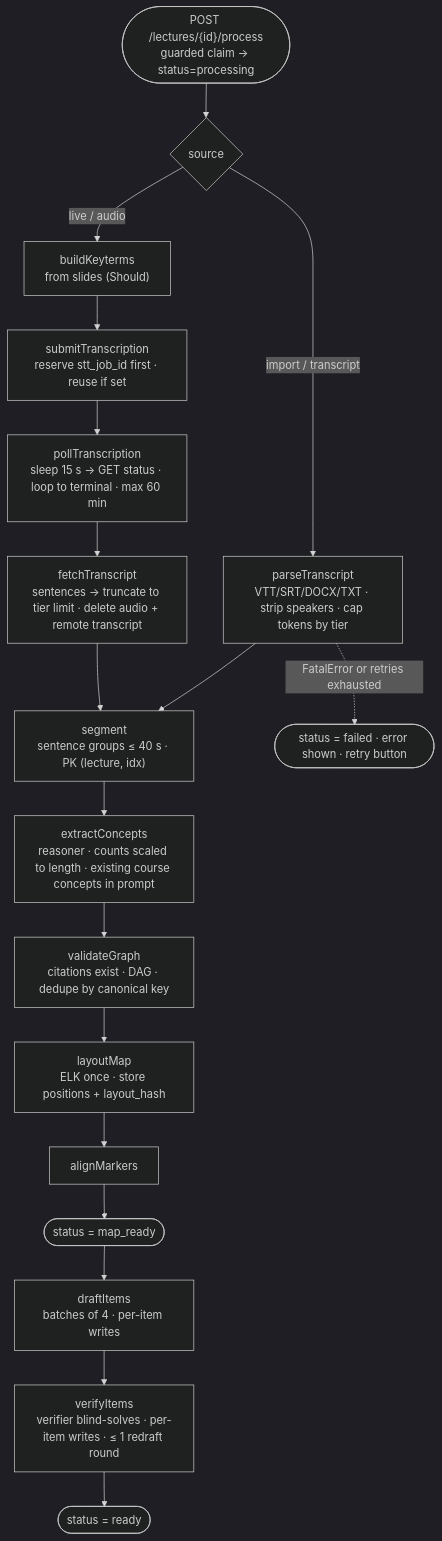
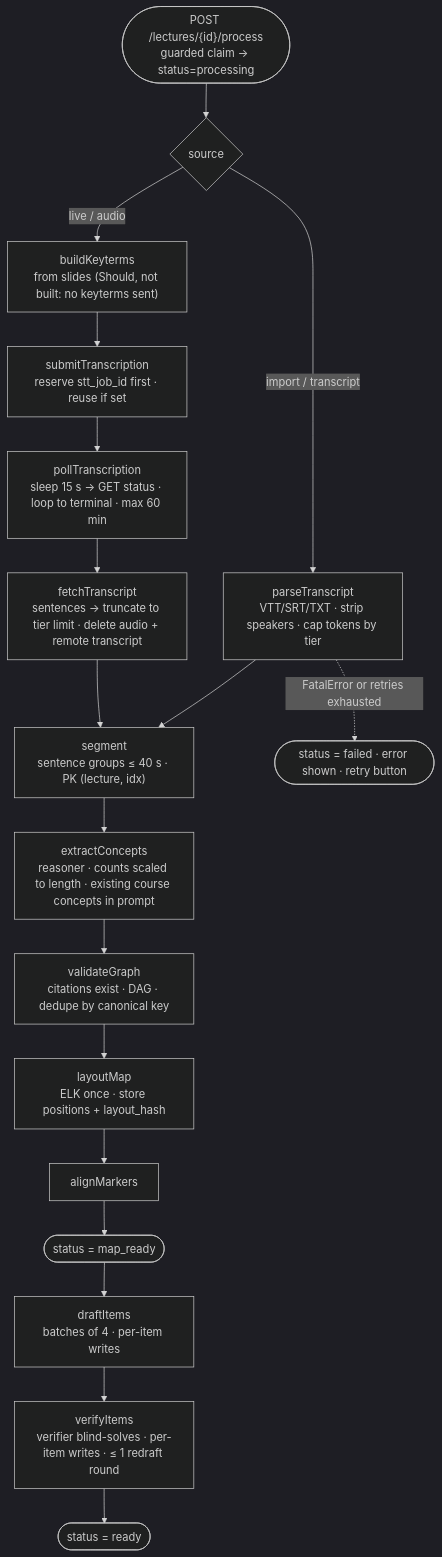
Before and after one commit to adamchok/Lectheo: the fourth of 6 diagrams in docs/Lectheo Architecture.md, drawn with Mermaid (dark theme). The commit also changed other lines of this file and 10 other files, not shown here.

````diff
--- a/docs/Lectheo Architecture.md
+++ b/docs/Lectheo Architecture.md
@@ -194,20 +199,20 @@
 ```mermaid
 flowchart TD
     start(["POST /lectures/{id}/process<br/>guarded claim → status=processing"]) --> src{"source"}
-    src -- "import / transcript" --> pt["parseTranscript<br/>VTT/SRT/DOCX/TXT · strip speakers · cap tokens by tier"]
-    src -- "live / audio" --> kt["buildKeyterms<br/>from slides (Should)"]
+    src -- "import / transcript" --> pt["parseTranscript<br/>VTT/SRT/TXT · strip speakers · cap tokens by tier"]
+    src -- "live / audio" --> kt["buildKeyterms<br/>from slides (Should, not built: no keyterms sent)"]
     kt --> sub["submitTranscription<br/>reserve stt_job_id first · reuse if set"]
     sub --> poll["pollTranscription<br/>sleep 15 s → GET status · loop to terminal · max 60 min"]
     poll --> fetch["fetchTranscript<br/>sentences → truncate to tier limit · delete audio + remote transcript"]
     pt --> seg["segment<br/>sentence groups ≤ 40 s · PK (lecture, idx)"]
     fetch --> seg
     seg --> ex["extractConcepts<br/>reasoner · counts scaled to length · existing course concepts in prompt"]
     ex --> vg["validateGraph<br/>citations exist · DAG · dedupe by canonical key"]
     vg --> lay["layoutMap<br/>ELK once · store positions + layout_hash"]
     lay --> al["alignMarkers"]
     al --> mr(["status = map_ready"])
     mr --> dr["draftItems<br/>batches of 4 · per-item writes"]
     dr --> vf["verifyItems<br/>verifier blind-solves · per-item writes · ≤ 1 redraft round"]
     vf --> done(["status = ready"])
     pt -. "FatalError or retries exhausted" .-> fail(["status = failed · error shown · retry button"])
 ```
````
